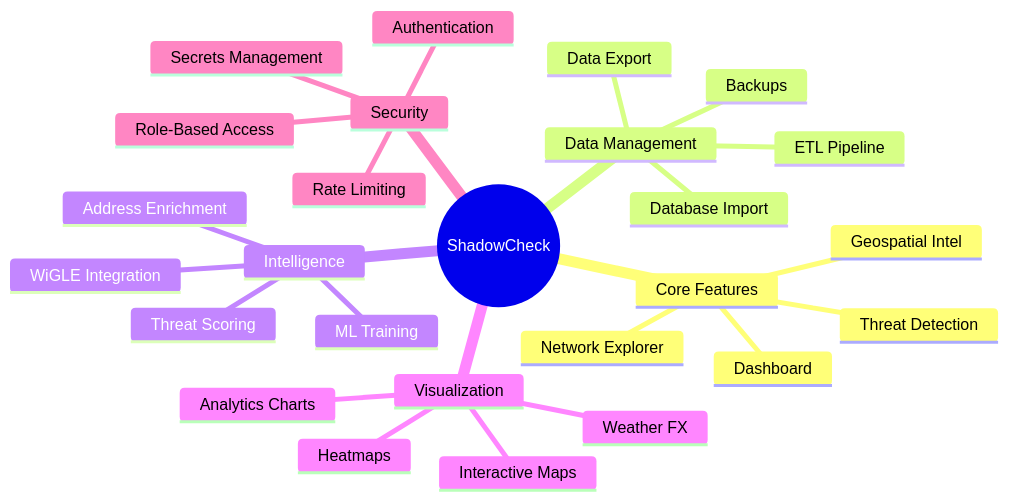
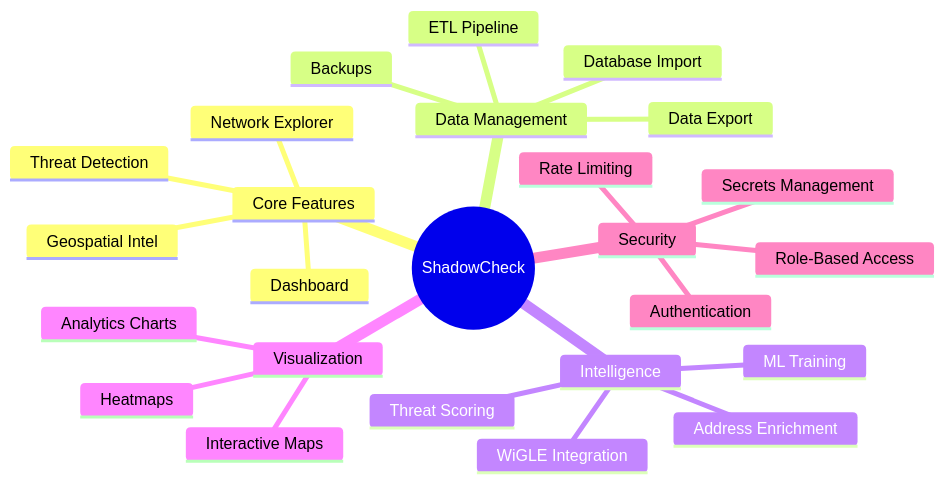
The first of 12 diagrams in .github/wiki/Features.md (cyclonite69/shadowcheck-web), drawn with Mermaid before and after one commit. The commit also changed other lines of this file and 29 other files, not shown here.

````diff
--- a/.github/wiki/Features.md
+++ b/.github/wiki/Features.md
@@ -11,29 +11,28 @@
 ```mermaid
 mindmap
   root((ShadowCheck))
     Core Features
       Dashboard
       Geospatial Intel
       Network Explorer
       Threat Detection
     Data Management
       ETL Pipeline
       Database Import
       Data Export
       Backups
     Intelligence
       ML Training
       Threat Scoring
       Address Enrichment
       WiGLE Integration
     Visualization
       Interactive Maps
       Analytics Charts
-      Weather FX
       Heatmaps
     Security
       Authentication
       Role-Based Access
       Rate Limiting
       Secrets Management
 ```
````
